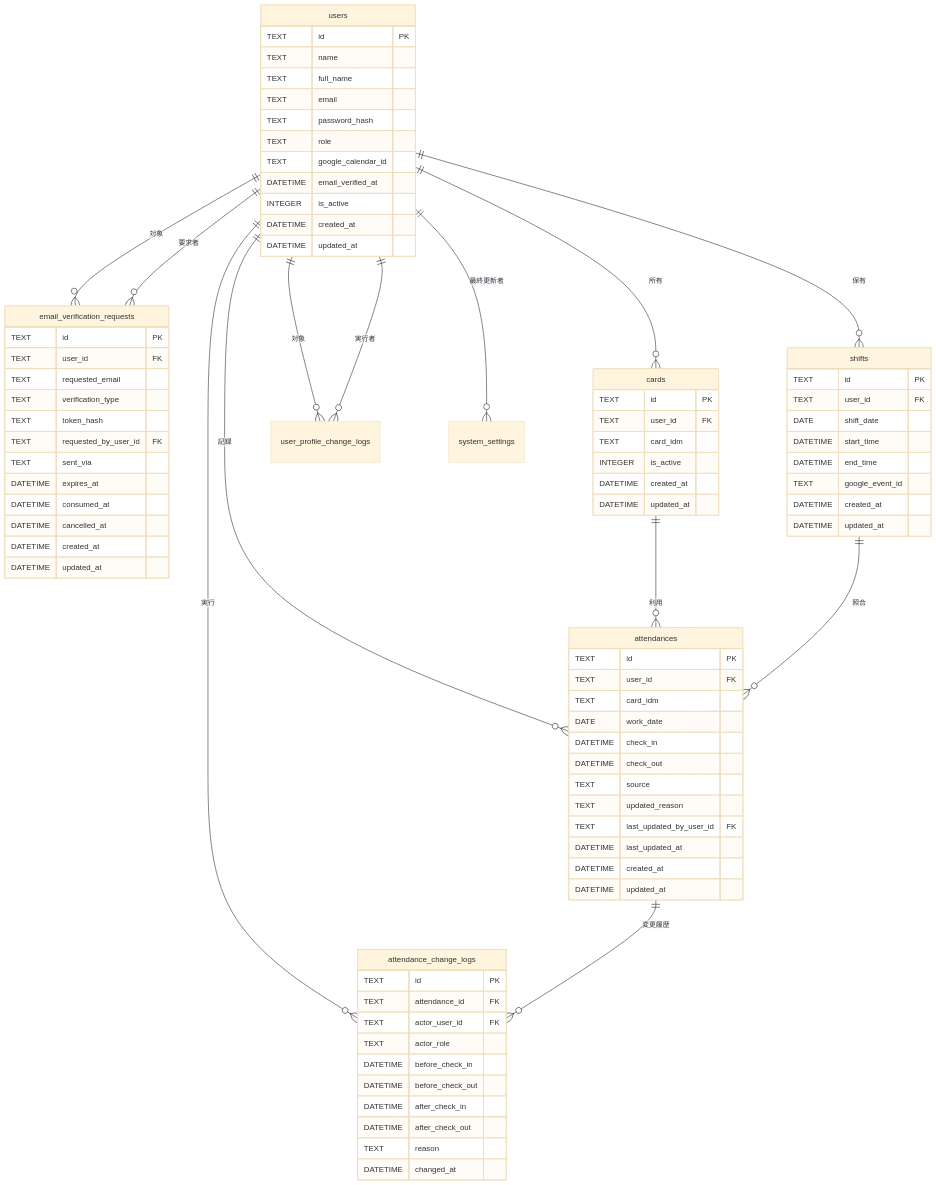
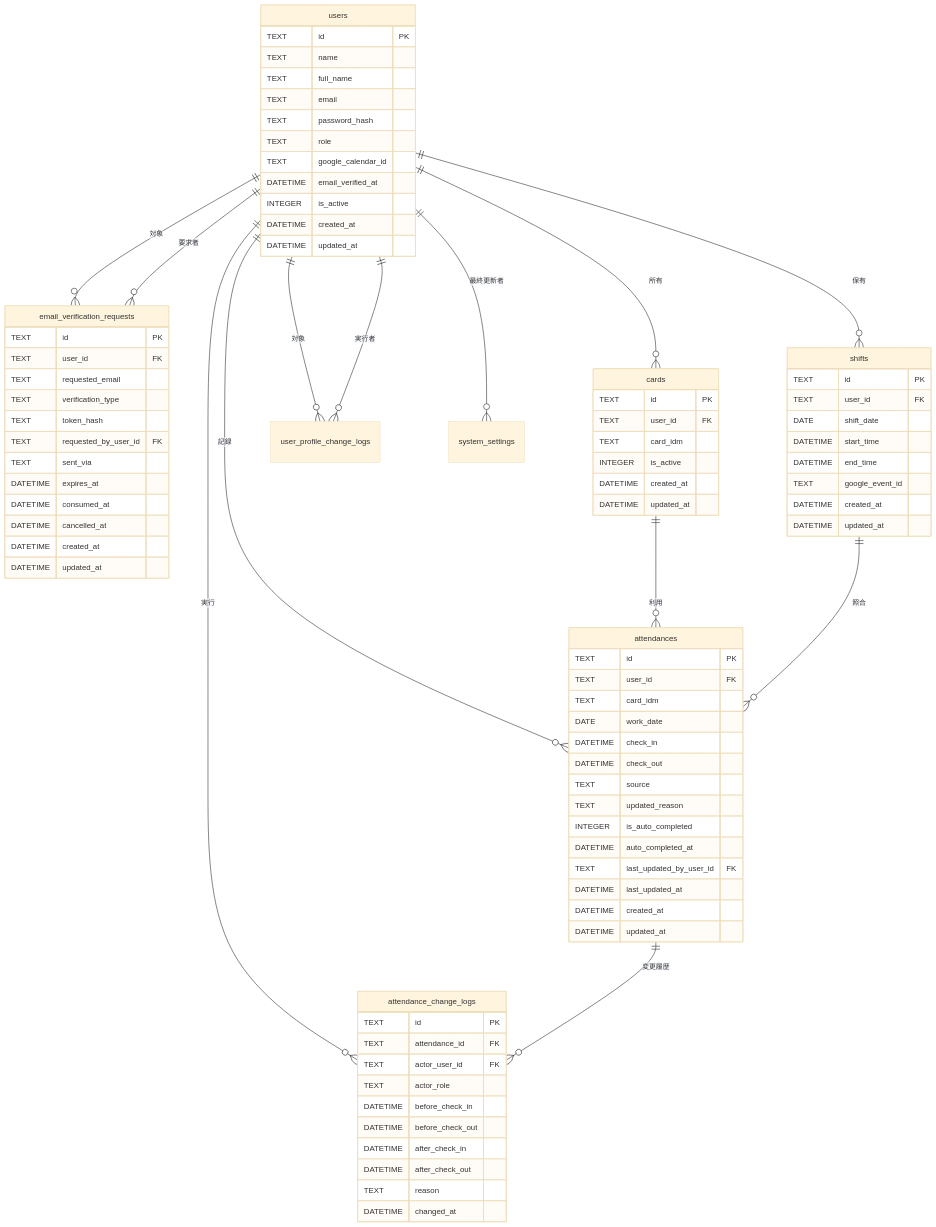
One commit to tukumanalab/kint changed the first of 5 diagrams in docs/database-design.md. Above: the diagram before and after it, drawn with Mermaid (base theme). The commit also changed other lines of this file and 14 other files, not shown here.

```diff
--- a/docs/database-design.md
+++ b/docs/database-design.md
@@ -296,6 +298,8 @@
     DATETIME check_out
     TEXT source
     TEXT updated_reason
+    INTEGER is_auto_completed
+    DATETIME auto_completed_at
     TEXT last_updated_by_user_id FK
     DATETIME last_updated_at
     DATETIME created_at
```
